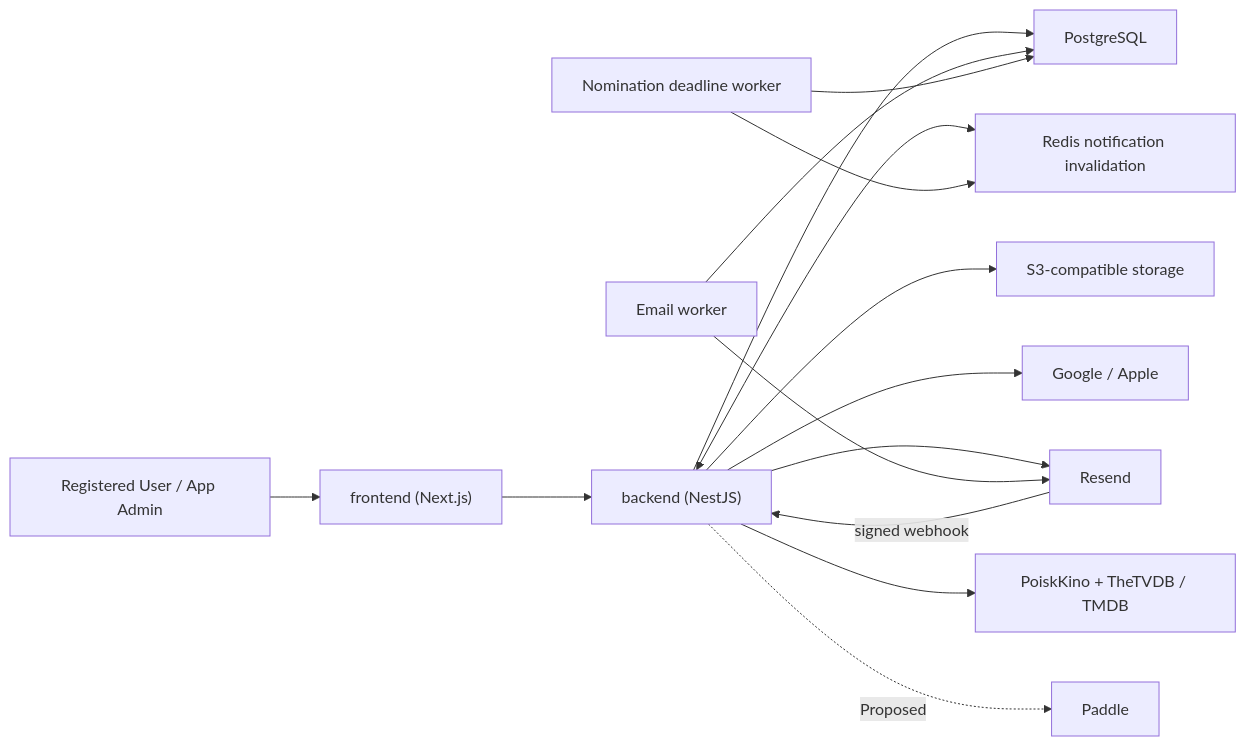
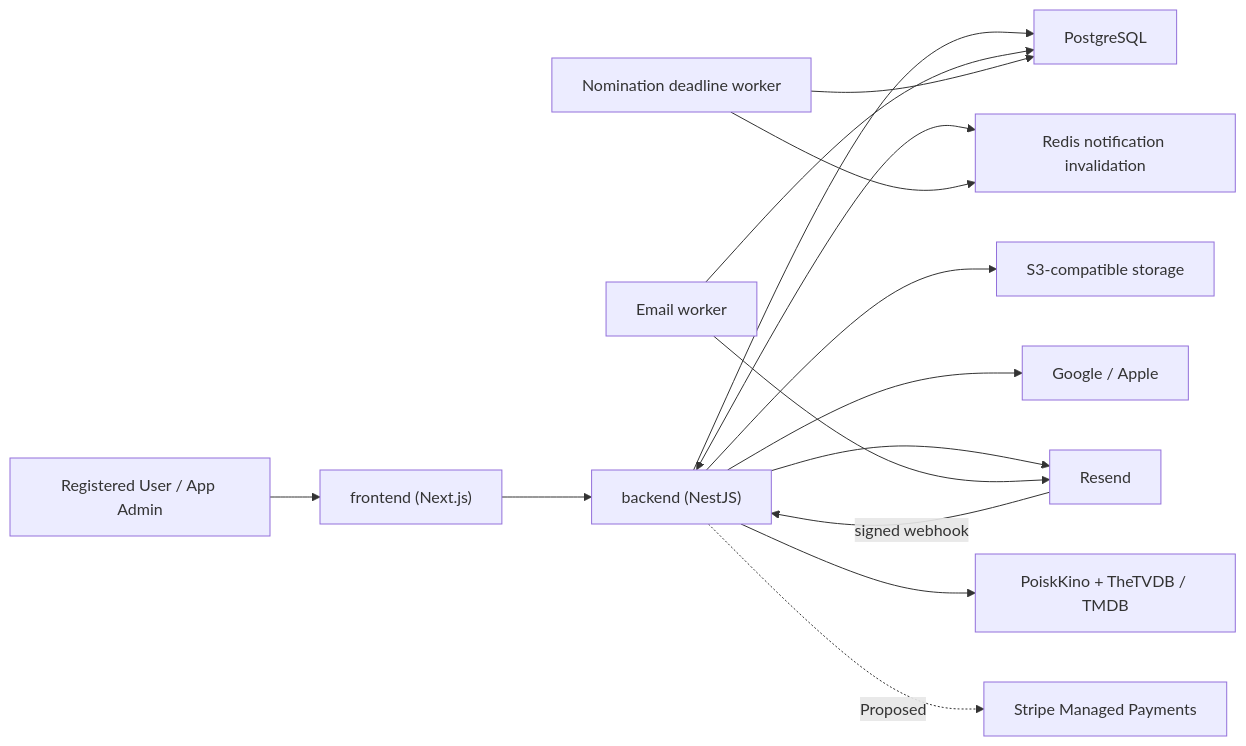
The first of 4 diagrams in ARCHITECTURE.md (Shagon1k/PickFlick), drawn with Mermaid before and after one commit. The commit also changed other lines of this file and 9 other files, not shown here.

First line of the commit message:
docs(billing): accept Stripe Managed Payments decision (#212)

````diff
--- a/ARCHITECTURE.md
+++ b/ARCHITECTURE.md
@@ -24,17 +24,17 @@
 ```mermaid
 flowchart LR
   User["Registered User / App Admin"] --> Frontend["frontend (Next.js)"]
   Frontend --> API["backend (NestJS)"]
   API --> DB["PostgreSQL"]
   API <--> Redis["Redis notification invalidation"]
   Worker --> Redis
   API --> Objects["S3-compatible storage"]
   API --> OAuth["Google / Apple"]
   API --> Email["Resend"]
   EmailWorker["Email worker"] --> DB
   EmailWorker --> Email
   Email -->|signed webhook| API
   API --> Catalog["PoiskKino + TheTVDB / TMDB"]
   Worker["Nomination deadline worker"] --> DB
-  API -. Proposed .-> Paddle["Paddle"]
+  API -. Proposed .-> Stripe["Stripe Managed Payments"]
 ```
````
